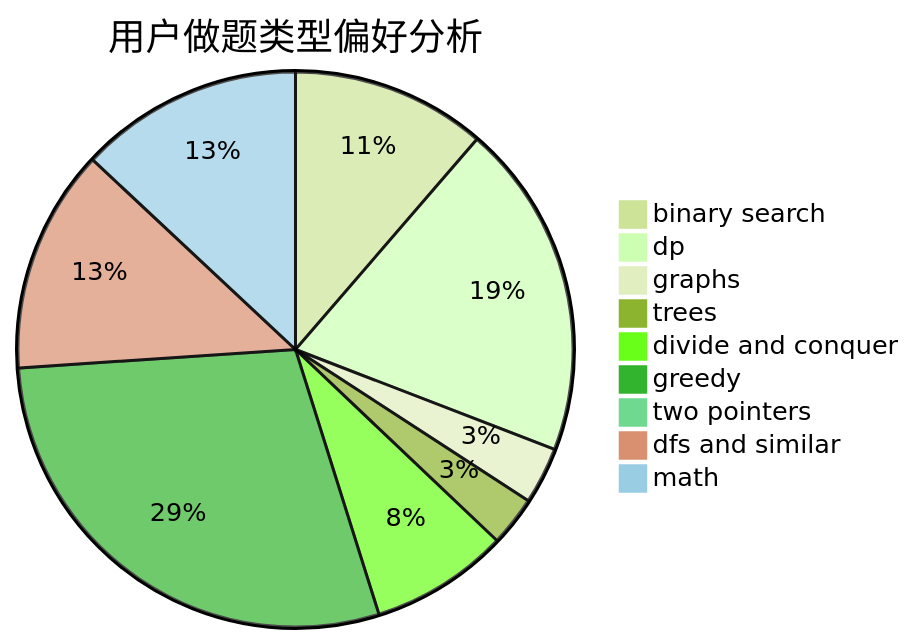
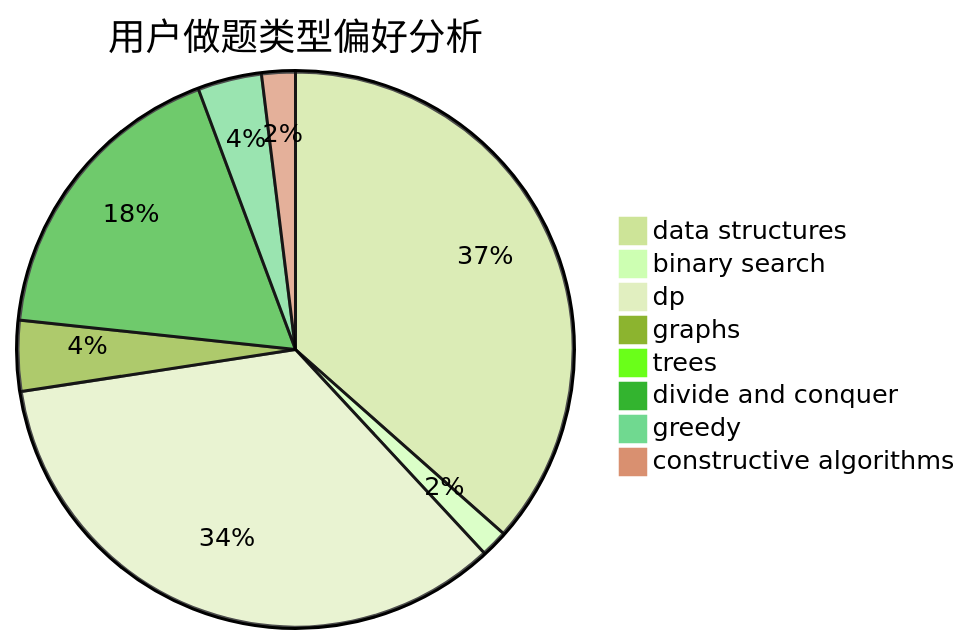
Before and after one commit to sherpahu/cfrs.github.io: the second of 3 diagrams in docs/user/u786.md, drawn with Mermaid (forest theme). The commit also changed other lines of this file and 2775 other files, not shown here.

````diff
--- a/docs/user/u786.md
+++ b/docs/user/u786.md
@@ -23,12 +23,11 @@
 ```mermaid
 pie title 用户做题类型偏好分析
-    "binary search" :  253
-    "dp" :  436
-    "graphs" :  74
-    "trees" :  65
+    "data structures" :  373
+    "binary search" :  16
+    "dp" :  352
+    "graphs" :  42
+    "trees" :  0
     "divide and conquer" :  180
-    "greedy" :  643
-    "two pointers" :  14
-    "dfs and similar" :  291
-    "math" :  291
+    "greedy" :  38
+    "constructive algorithms" :  20
 ```
````
